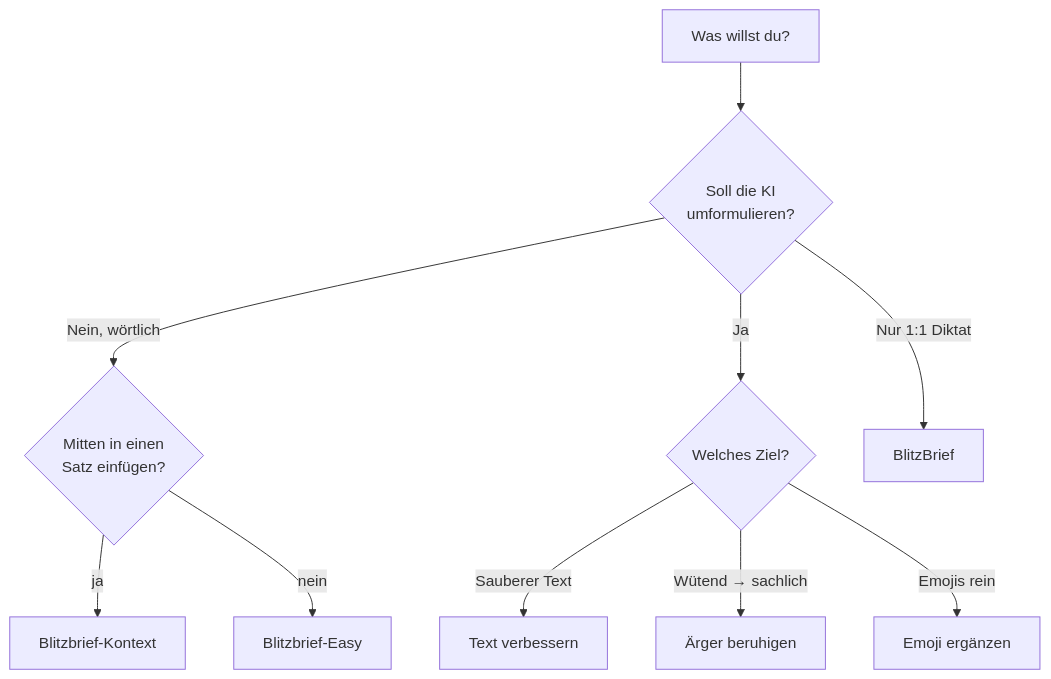
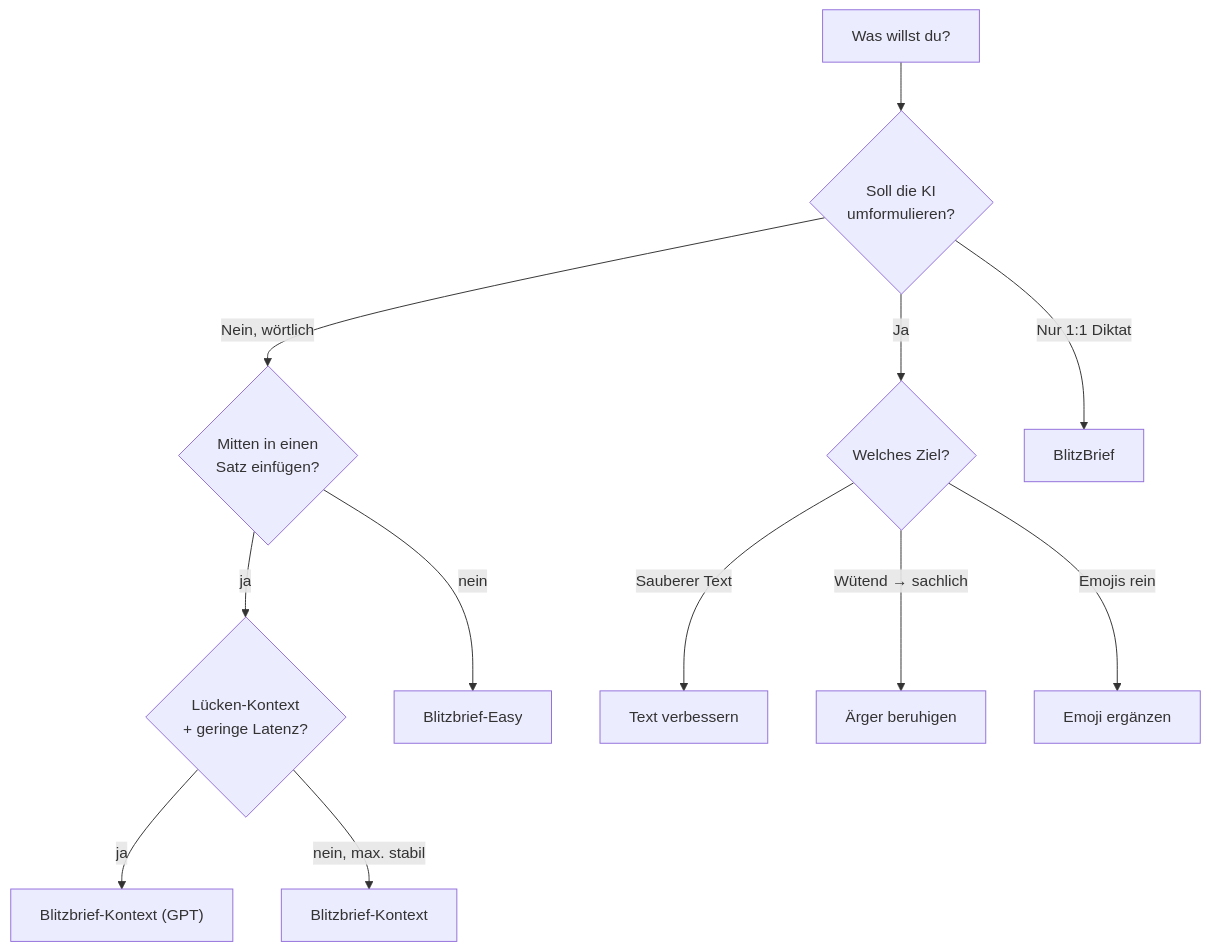
Before and after one commit to florianpohl666/blitzbrief: the diagram in docs/kommando-merkblatt.md, drawn with Mermaid. The commit also changed other lines of this file and 20 other files, not shown here.

````diff
--- a/docs/kommando-merkblatt.md
+++ b/docs/kommando-merkblatt.md
@@ -63,12 +67,14 @@
 ```mermaid
 flowchart TD
-    A[Was willst du?] --> B{Soll die KI<br/>umformulieren?}
-    B -->|Nein, wörtlich| C{Mitten in einen<br/>Satz einfügen?}
-    C -->|ja| D[Blitzbrief-Kontext]
+    A[Was willst du?] --> B{"Soll die KI<br/>umformulieren?"}
+    B -->|Nein, wörtlich| C{"Mitten in einen<br/>Satz einfügen?"}
+    C -->|ja| C2{"Lücken-Kontext<br/>+ geringe Latenz?"}
+    C2 -->|ja| D2["Blitzbrief-Kontext (GPT)"]
+    C2 -->|nein, max. stabil| D[Blitzbrief-Kontext]
     C -->|nein| E[Blitzbrief-Easy]
     B -->|Ja| F{Welches Ziel?}
     F -->|Sauberer Text| G[Text verbessern]
-    F -->|Wütend → sachlich| H[Ärger beruhigen]
+    F -->|"Wütend → sachlich"| H[Ärger beruhigen]
     F -->|Emojis rein| I[Emoji ergänzen]
     B -->|Nur 1:1 Diktat| J[BlitzBrief]
 ```
````
